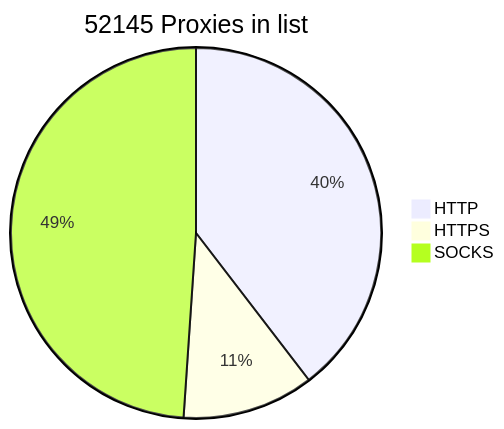
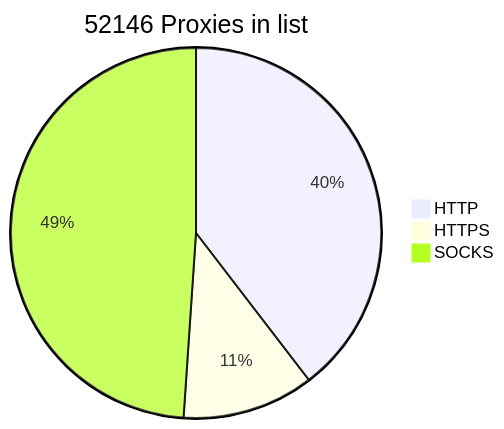
One commit to BlackSnowDot/proxylist-update-every-minute changed the diagram in README.md. Above: the diagram before and after it, drawn with Mermaid.

````diff
--- a/README.md
+++ b/README.md
@@ -2,6 +2,6 @@
 ```mermaid
-pie title 52145 Proxies in list
+pie title 52146 Proxies in list
     "HTTP" : 22975
     "HTTPS": 6672
-    "SOCKS" : 28402
+    "SOCKS" : 28403
 ```
````
